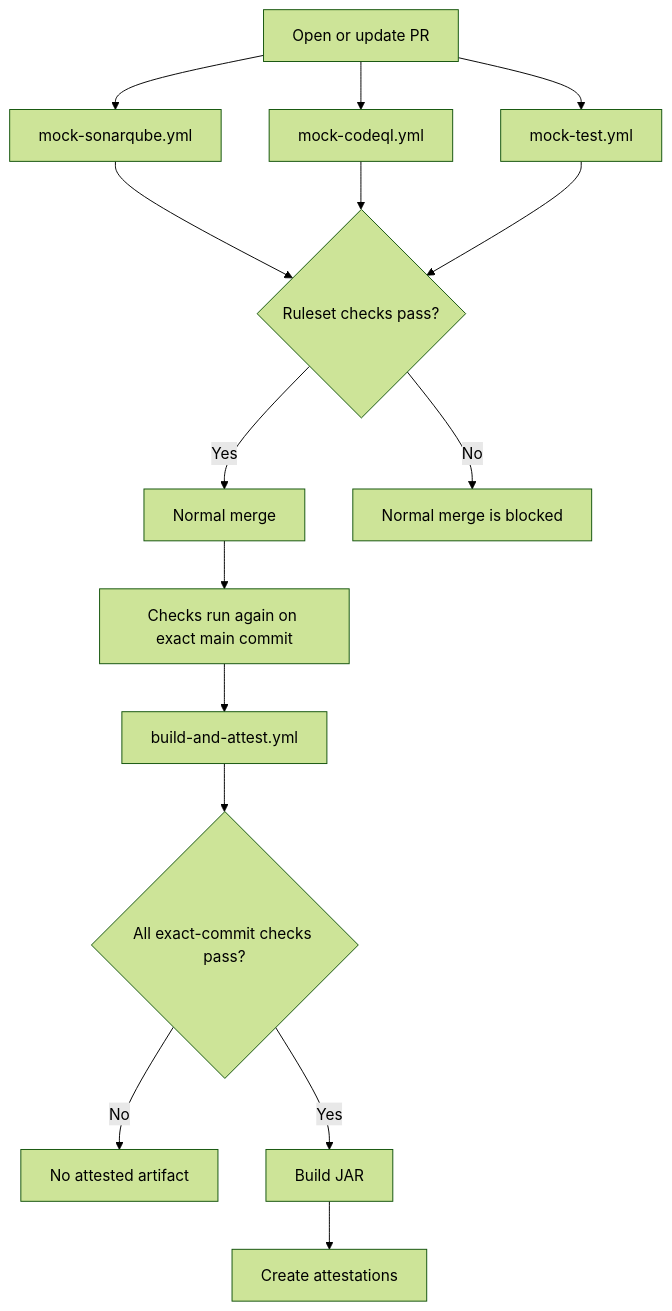
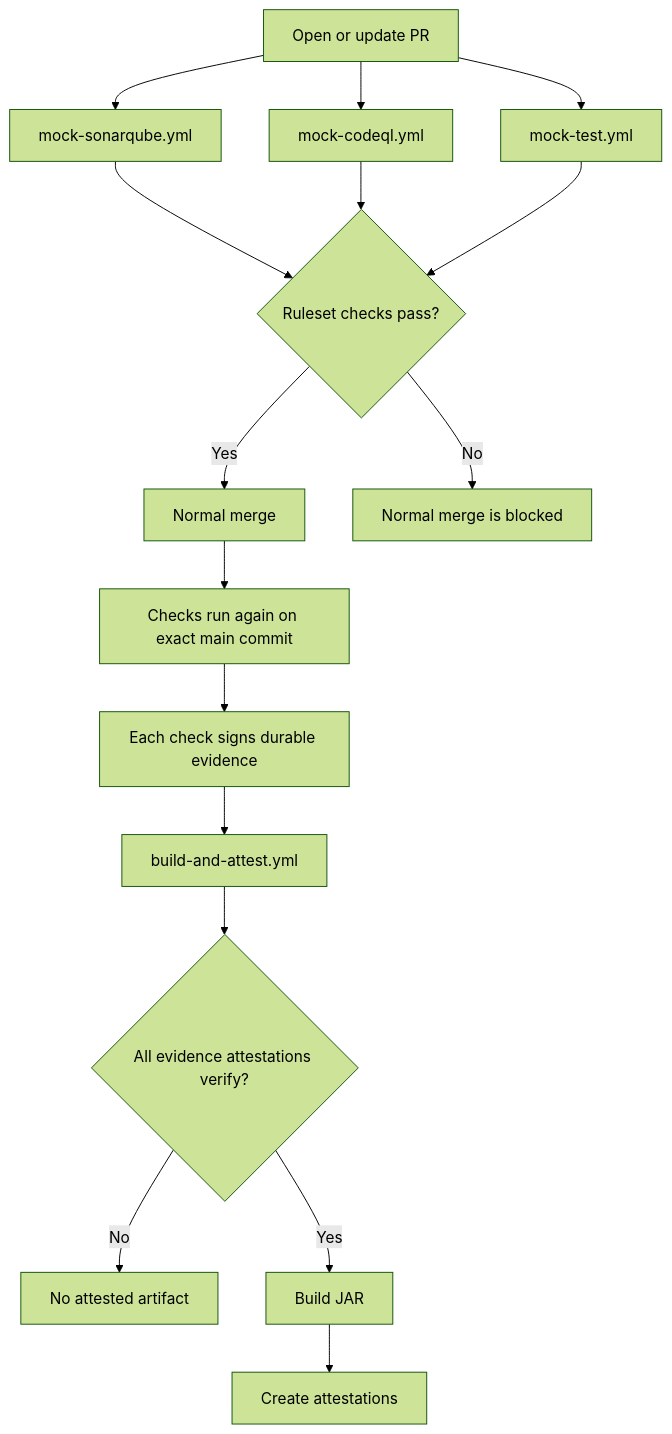
One commit to jefeish/attestation-governance changed the first of 2 diagrams in README.md. Above: the diagram before and after it, drawn with Mermaid (forest theme). The commit also changed other lines of this file and 4 other files, not shown here.

First line of the commit message:
Persist durable check evidence attestations

````diff
--- a/README.md
+++ b/README.md
@@ -69,17 +71,18 @@
 ```mermaid
 flowchart TD
     A[Open or update PR] --> B[mock-sonarqube.yml]
     A --> C[mock-codeql.yml]
     A --> D[mock-test.yml]
     B --> E{Ruleset checks pass?}
     C --> E
     D --> E
     E -->|Yes| F[Normal merge]
     E -->|No| G[Normal merge is blocked]
     F --> H[Checks run again on exact main commit]
-    H --> I[build-and-attest.yml]
-    I --> J{All exact-commit checks pass?}
-    J -->|No| K[No attested artifact]
-    J -->|Yes| L[Build JAR]
-    L --> M[Create attestations]
+    H --> I[Each check signs durable evidence]
+    I --> J[build-and-attest.yml]
+    J --> K{All evidence attestations verify?}
+    K -->|No| L[No attested artifact]
+    K -->|Yes| M[Build JAR]
+    M --> N[Create attestations]
 ```
````
